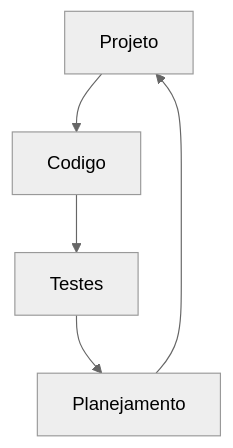
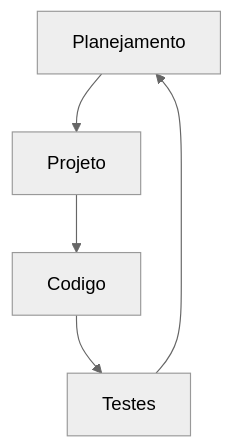
The second of 2 diagrams in Engenharia e Requisitos de Software/aula_05 19.03.md (vanessacezarn/3_Semestre), drawn with Mermaid (neutral theme) before and after one commit. The commit also changed other lines of this file, not shown here.

````diff
--- a/Engenharia e Requisitos de Software/aula_05 19.03.md
+++ b/Engenharia e Requisitos de Software/aula_05 19.03.md
@@ -28,8 +28,8 @@
 ```mermaid
 graph TD;
+    Planejamento --> Projeto
     Projeto --> Codigo;
     Codigo --> Testes;
     Testes --> Planejamento;
-    Planejamento --> Projeto
         
 ```
````
